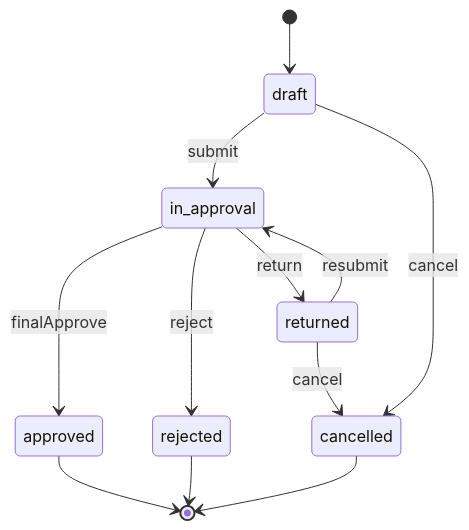
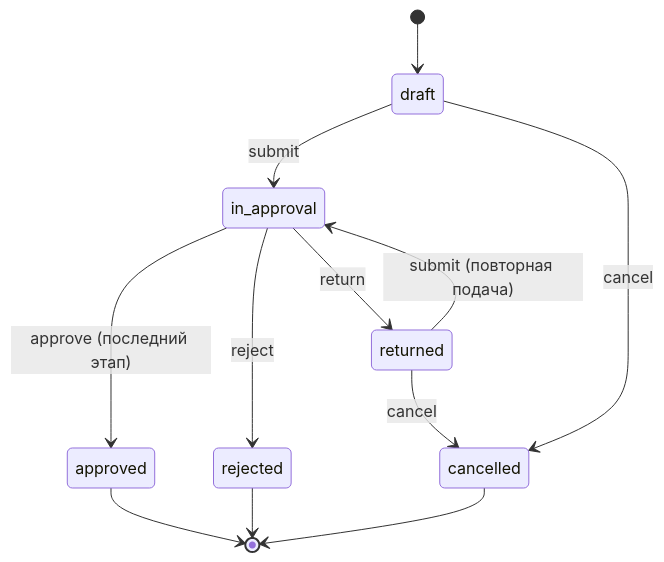
Before and after one commit to egoryasuk96/pet-project-hr-tech-: the diagram in docs/03-diagrams/bpmn/to-be-request-lifecycle.md, drawn with Mermaid. The commit also changed other lines of this file and 2 other files, not shown here.

Commit message:
docs(workflow): align ERD dictionary and event names with action-based engine

````diff
--- a/docs/03-diagrams/bpmn/to-be-request-lifecycle.md
+++ b/docs/03-diagrams/bpmn/to-be-request-lifecycle.md
@@ -171,14 +171,14 @@
 ```mermaid
 stateDiagram-v2
   [*] --> draft
   draft --> in_approval: submit
   draft --> cancelled: cancel
-  in_approval --> approved: finalApprove
+  in_approval --> approved: approve (последний этап)
   in_approval --> rejected: reject
   in_approval --> returned: return
-  returned --> in_approval: resubmit
+  returned --> in_approval: submit (повторная подача)
   returned --> cancelled: cancel
   approved --> [*]
   rejected --> [*]
   cancelled --> [*]
 ```
````
